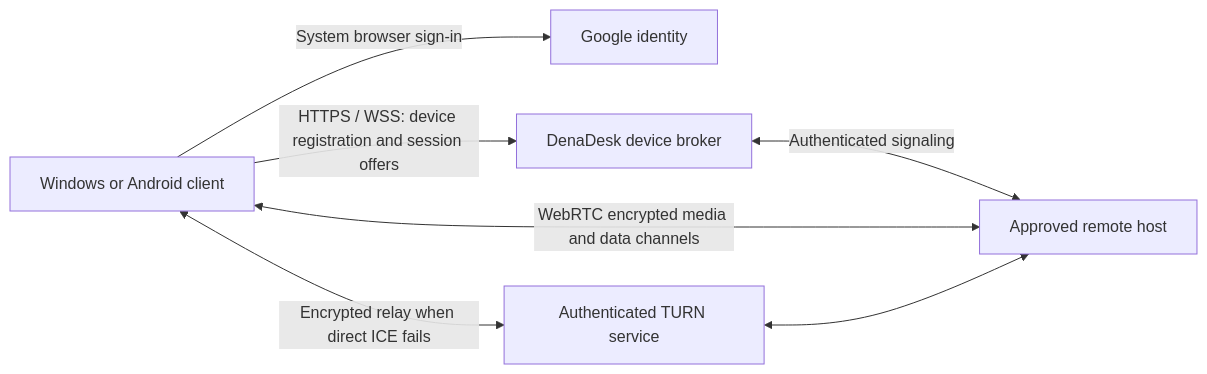
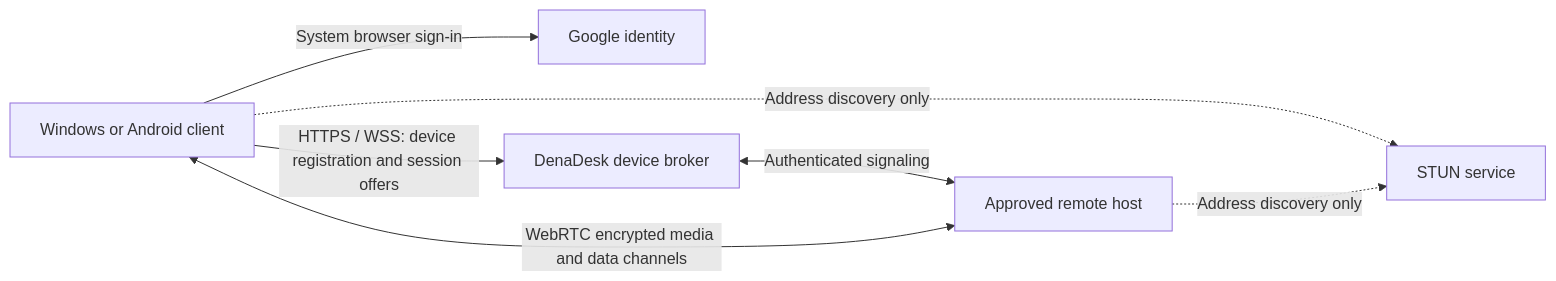
One commit to Denarmo/DenaDesk changed the diagram in docs/remote-access-design.md. Above: the diagram before and after it, drawn with Mermaid. The commit also changed other lines of this file and 3 other files, not shown here.

Commit message:
Specify direct peer-only remote sessions and remove relay setup requirement

````diff
--- a/docs/remote-access-design.md
+++ b/docs/remote-access-design.md
@@ -7,9 +9,9 @@
 ```mermaid
 flowchart LR
   A[Windows or Android client] -->|System browser sign-in| G[Google identity]
   A -->|HTTPS / WSS: device registration and session offers| B[DenaDesk device broker]
   B <-->|Authenticated signaling| H[Approved remote host]
   A <-->|WebRTC encrypted media and data channels| H
-  A <-->|Encrypted relay when direct ICE fails| T[Authenticated TURN service]
-  T <--> H
+  A -.->|Address discovery only| S[STUN service]
+  H -.->|Address discovery only| S
 ```
````
